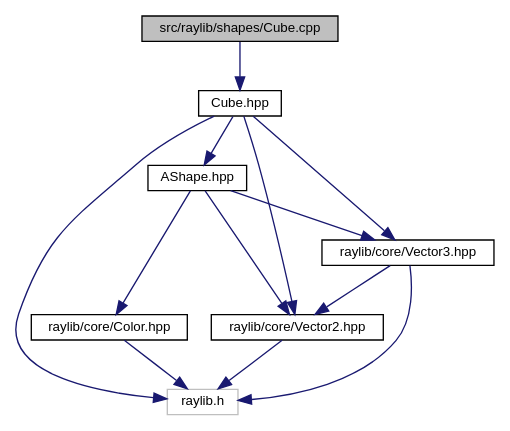
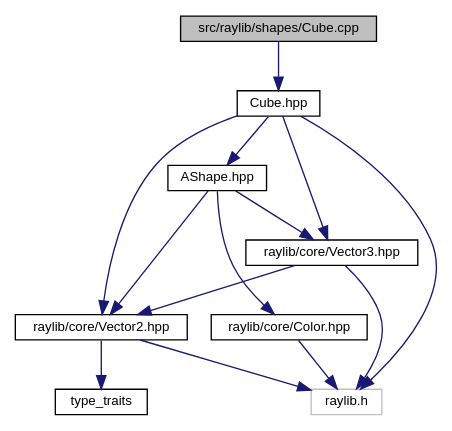
Before and after one commit to MisterPeModder/Bomberman-Global-Offensive: the diagram in _cube_8cpp__incl.dot, drawn with Graphviz. The commit also changed 409 other files, not shown here.

Commit message:
Deploying to gh-pages from @ MisterPeModder/Bomberman-Global-Offensive@ab1bae0a3c45851998e872f0a22c7a9de02e83da 🚀

```diff
--- a/_cube_8cpp__incl.dot
+++ b/_cube_8cpp__incl.dot
@@ -1,25 +1,27 @@
 digraph "src/raylib/shapes/Cube.cpp"
 {
  // LATEX_PDF_SIZE
   edge [fontname="Helvetica",fontsize="10",labelfontname="Helvetica",labelfontsize="10"];
   node [fontname="Helvetica",fontsize="10",shape=record];
   Node1 [label="src/raylib/shapes/Cube.cpp",height=0.2,width=0.4,color="black", fillcolor="grey75", style="filled", fontcolor="black",tooltip=" "];
   Node1 -> Node2 [color="midnightblue",fontsize="10",style="solid",fontname="Helvetica"];
   Node2 [label="Cube.hpp",height=0.2,width=0.4,color="black", fillcolor="white", style="filled",URL="$_cube_8hpp.html",tooltip=" "];
   Node2 -> Node3 [color="midnightblue",fontsize="10",style="solid",fontname="Helvetica"];
   Node3 [label="AShape.hpp",height=0.2,width=0.4,color="black", fillcolor="white", style="filled",URL="$_a_shape_8hpp.html",tooltip=" "];
   Node3 -> Node4 [color="midnightblue",fontsize="10",style="solid",fontname="Helvetica"];
   Node4 [label="raylib/core/Color.hpp",height=0.2,width=0.4,color="black", fillcolor="white", style="filled",URL="$_color_8hpp.html",tooltip=" "];
   Node4 -> Node5 [color="midnightblue",fontsize="10",style="solid",fontname="Helvetica"];
   Node5 [label="raylib.h",height=0.2,width=0.4,color="grey75", fillcolor="white", style="filled",tooltip=" "];
   Node3 -> Node6 [color="midnightblue",fontsize="10",style="solid",fontname="Helvetica"];
   Node6 [label="raylib/core/Vector2.hpp",height=0.2,width=0.4,color="black", fillcolor="white", style="filled",URL="$_vector2_8hpp.html",tooltip=" "];
+  Node6 -> Node7 [color="midnightblue",fontsize="10",style="solid",fontname="Helvetica"];
+  Node7 [label="type_traits",height=0.2,width=0.4,color="black", fillcolor="white", style="filled",URL="/home/runner/work/Bomberman-Global-Offensive/Bomberman-Global-Offensive/doc/external/cppreference-doxygen-web.tag.xml$cpp/header/type_traits.html",tooltip=" "];
   Node6 -> Node5 [color="midnightblue",fontsize="10",style="solid",fontname="Helvetica"];
-  Node3 -> Node7 [color="midnightblue",fontsize="10",style="solid",fontname="Helvetica"];
-  Node7 [label="raylib/core/Vector3.hpp",height=0.2,width=0.4,color="black", fillcolor="white", style="filled",URL="$_vector3_8hpp.html",tooltip=" "];
-  Node7 -> Node6 [color="midnightblue",fontsize="10",style="solid",fontname="Helvetica"];
-  Node7 -> Node5 [color="midnightblue",fontsize="10",style="solid",fontname="Helvetica"];
+  Node3 -> Node8 [color="midnightblue",fontsize="10",style="solid",fontname="Helvetica"];
+  Node8 [label="raylib/core/Vector3.hpp",height=0.2,width=0.4,color="black", fillcolor="white", style="filled",URL="$_vector3_8hpp.html",tooltip=" "];
+  Node8 -> Node6 [color="midnightblue",fontsize="10",style="solid",fontname="Helvetica"];
+  Node8 -> Node5 [color="midnightblue",fontsize="10",style="solid",fontname="Helvetica"];
   Node2 -> Node6 [color="midnightblue",fontsize="10",style="solid",fontname="Helvetica"];
-  Node2 -> Node7 [color="midnightblue",fontsize="10",style="solid",fontname="Helvetica"];
+  Node2 -> Node8 [color="midnightblue",fontsize="10",style="solid",fontname="Helvetica"];
   Node2 -> Node5 [color="midnightblue",fontsize="10",style="solid",fontname="Helvetica"];
 }
```
